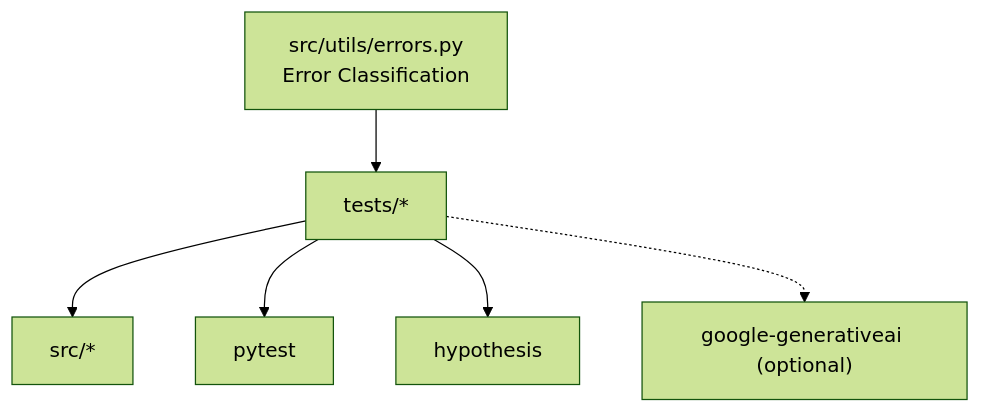
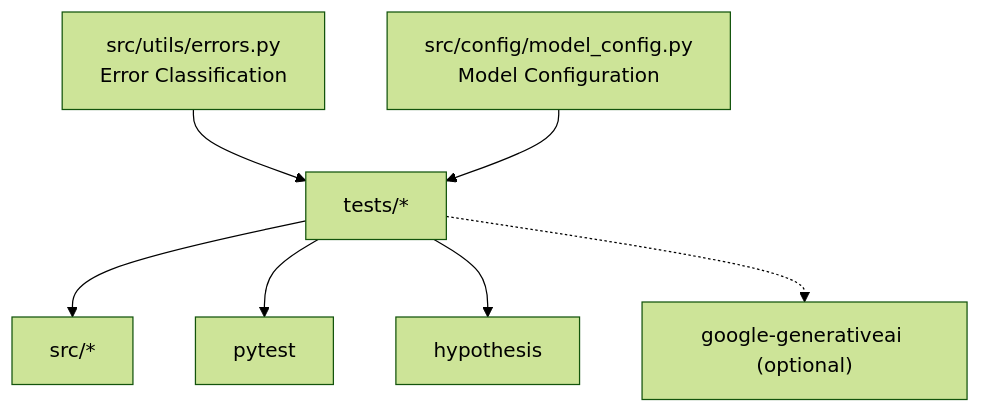
The fifth of 5 diagrams in .qoder/repowiki/en/content/Testing Strategy/Test Infrastructure.md (MOK-5-ha/MayaMCP), drawn with Mermaid (forest theme) before and after one commit. The commit also changed other lines of this file and 27 other files, not shown here.

````diff
--- a/.qoder/repowiki/en/content/Testing Strategy/Test Infrastructure.md
+++ b/.qoder/repowiki/en/content/Testing Strategy/Test Infrastructure.md
@@ -438,14 +511,16 @@
 ```mermaid
 graph TB
 T["tests/*"]
 Src["src/*"]
 Ggai["google-generativeai (optional)"]
 Pyt["pytest"]
 Hyp["hypothesis"]
 ErrUtil["src/utils/errors.py<br/>Error Classification"]
+ModelCfg["src/config/model_config.py<br/>Model Configuration"]
 T --> Src
 T --> Pyt
 T --> Hyp
 T -.-> Ggai
 ErrUtil --> T
+ModelCfg --> T
 ```
````
